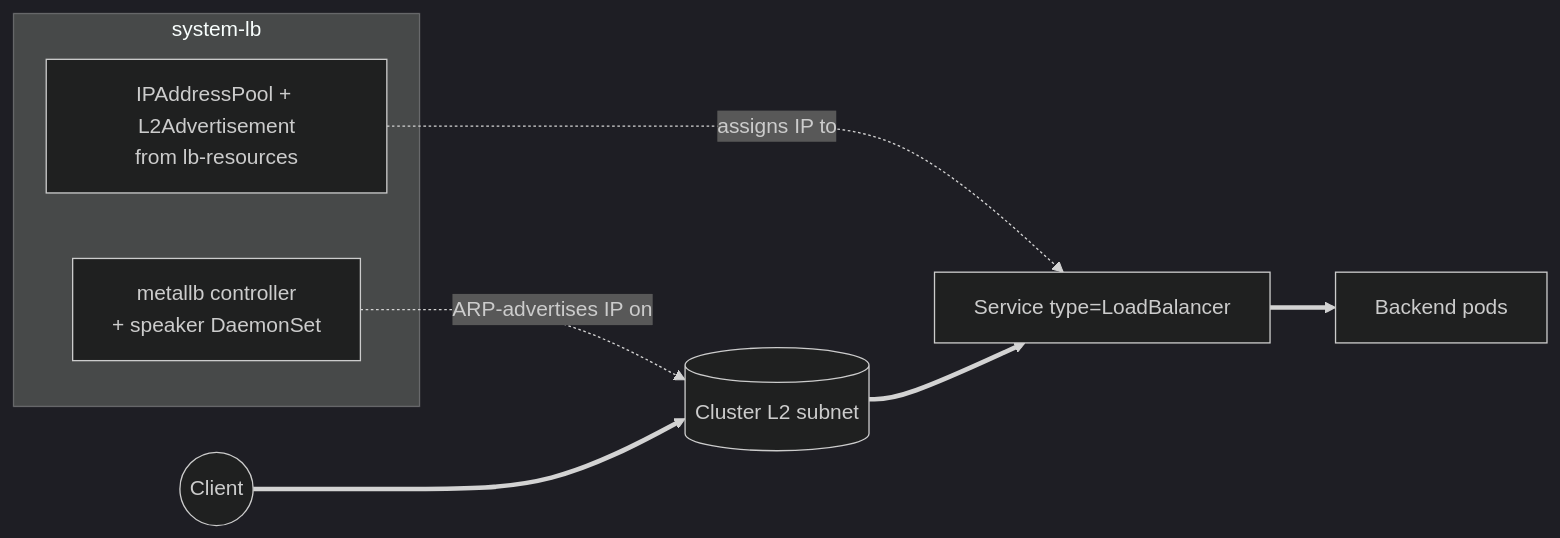
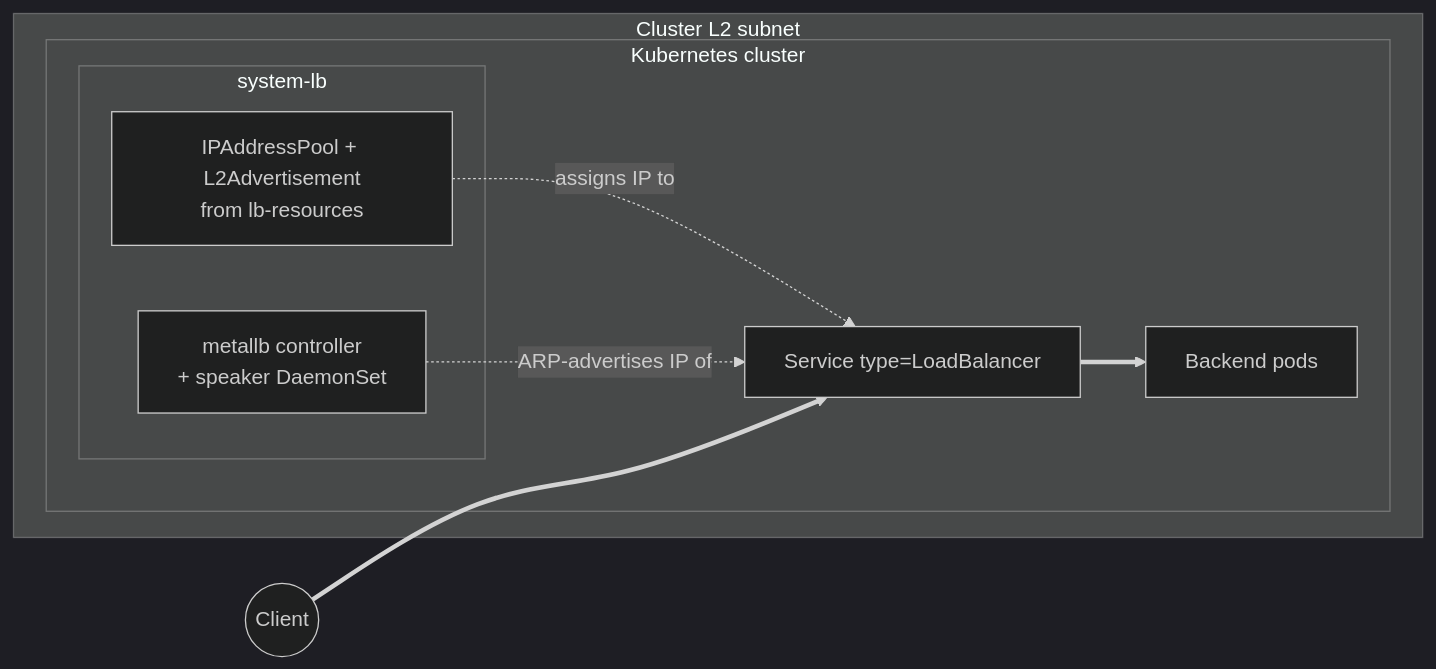
One commit to windsorcli/core changed the second of 3 diagrams in kustomize/lb/README.md. Above: the diagram before and after it, drawn with Mermaid (dark theme). The commit also changed other lines of this file and 9 other files, not shown here.

````diff
--- a/kustomize/lb/README.md
+++ b/kustomize/lb/README.md
@@ -78,17 +85,20 @@
 ```mermaid
 flowchart LR
   client((Client))
 
-  subgraph systemlb[system-lb]
-    speaker[metallb controller<br/>+ speaker DaemonSet]
-    pool[IPAddressPool + L2Advertisement<br/>from lb-resources]
+  subgraph net[Cluster L2 subnet]
+    subgraph cluster[Kubernetes cluster]
+      subgraph systemlb[system-lb]
+        speaker[metallb controller<br/>+ speaker DaemonSet]
+        pool[IPAddressPool + L2Advertisement<br/>from lb-resources]
+      end
+
+      svc[Service type=LoadBalancer]
+      pods[Backend pods]
+    end
   end
 
-  net[(Cluster L2 subnet)]
-  svc[Service type=LoadBalancer]
-  pods[Backend pods]
-
   pool -. assigns IP to .-> svc
-  speaker -. ARP-advertises IP on .-> net
-  client ==> net ==> svc ==> pods
+  speaker -. ARP-advertises IP of .-> svc
+  client ==> svc ==> pods
 ```
````
